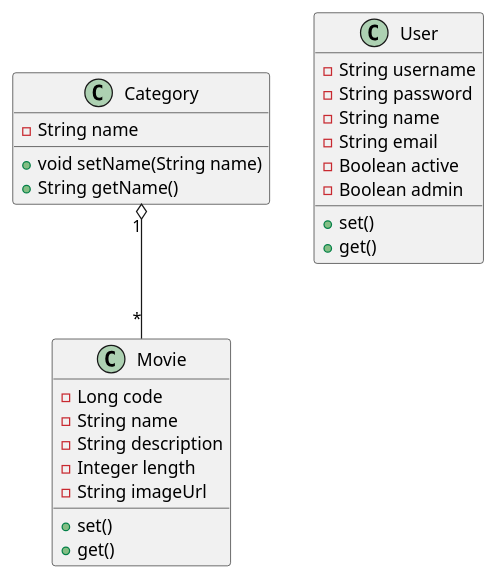
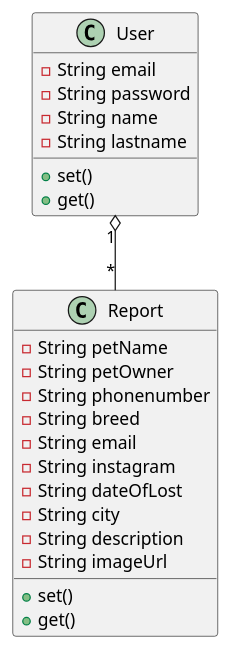
One commit to Danniel13/PetFinder changed the diagram in petfinder/doc/modelo_datos.puml. Above: the diagram before and after it, drawn with PlantUML. The commit also changed 3 other files, not shown here.

```diff
--- a/petfinder/doc/modelo_datos.puml
+++ b/petfinder/doc/modelo_datos.puml
@@ -1,31 +1,31 @@
-@startuml "Cesar's Video Shop"
+@startuml "Pet Finder"
 
-class Category {
-    - String name
-    + void setName(String name)
-    + String getName()
-}
 
-class Movie {
-    - Long code
-    - String name
+
+class Report {
+    - String petName
+    - String petOwner
+    - String phonenumber
+    - String breed
+    - String email
+    - String instagram
+    - String dateOfLost
+    - String city
     - String description
-    - Integer length
     - String imageUrl
     + set()
     + get()
 }
 
 class User {
-    - String username
+    - String email
     - String password
     - String name
-    - String email
-    - Boolean active
-    - Boolean admin
+    - String lastname
     + set()
     + get()
 }
-
-Category "1" o-- "*" Movie
+' Agregacion User-Report
+' Cardinalidad 1 a *
+User "1" o-- "*" Report
 @enduml
```
